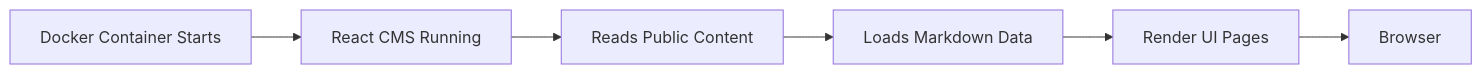
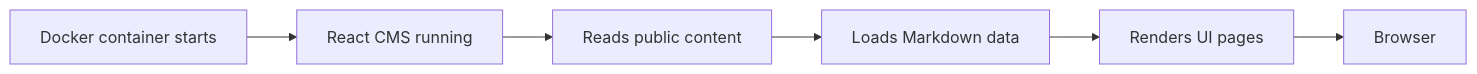
Before and after one commit to tinitiateprime/tinitiate-data-appliance: the fifth of 7 diagrams in banking-domain/banking_mermaid_shapes.md, drawn with Mermaid. The commit also changed other lines of this file and 3 other files, not shown here.

````diff
--- a/banking-domain/banking_mermaid_shapes.md
+++ b/banking-domain/banking_mermaid_shapes.md
@@ -123,16 +123,15 @@
 ```mermaid
 flowchart LR
-
-    A[Docker Container Starts]
-    B[React CMS Running]
-    C[Reads Public Content]
-    D[Loads Markdown Data]
-    E[Render UI Pages]
-    F[Browser]
+    A["Docker container starts"]
+    B["React CMS running"]
+    C["Reads public content"]
+    D["Loads Markdown data"]
+    E["Renders UI pages"]
+    F["Browser"]
 
     A --> B
     B --> C
     C --> D
     D --> E
     E --> F
 ```
````
